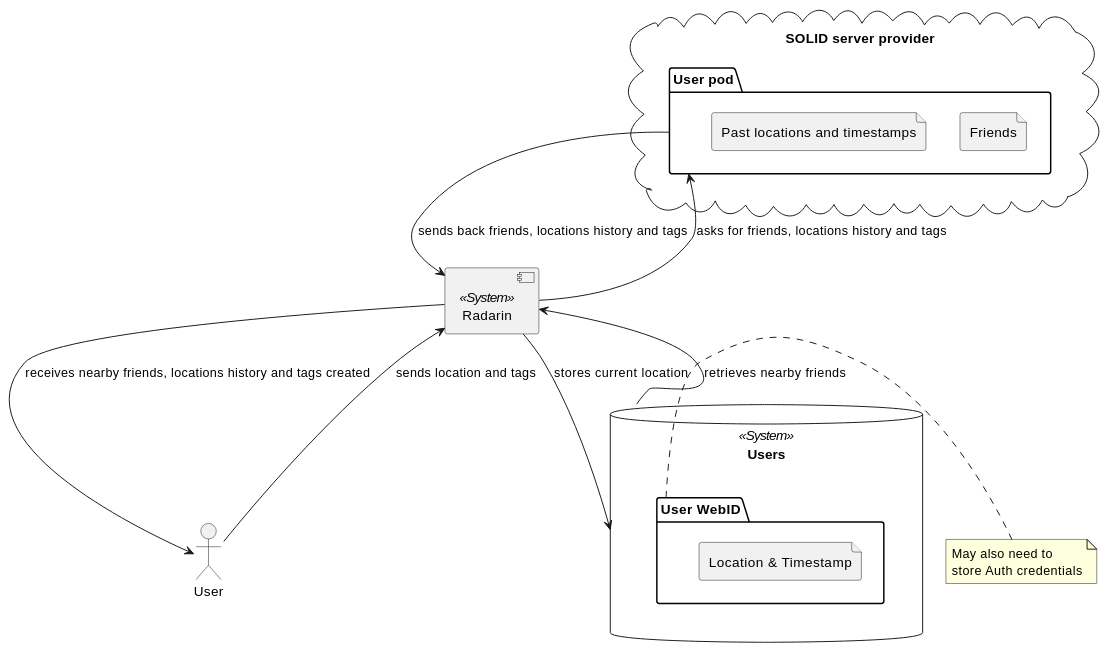
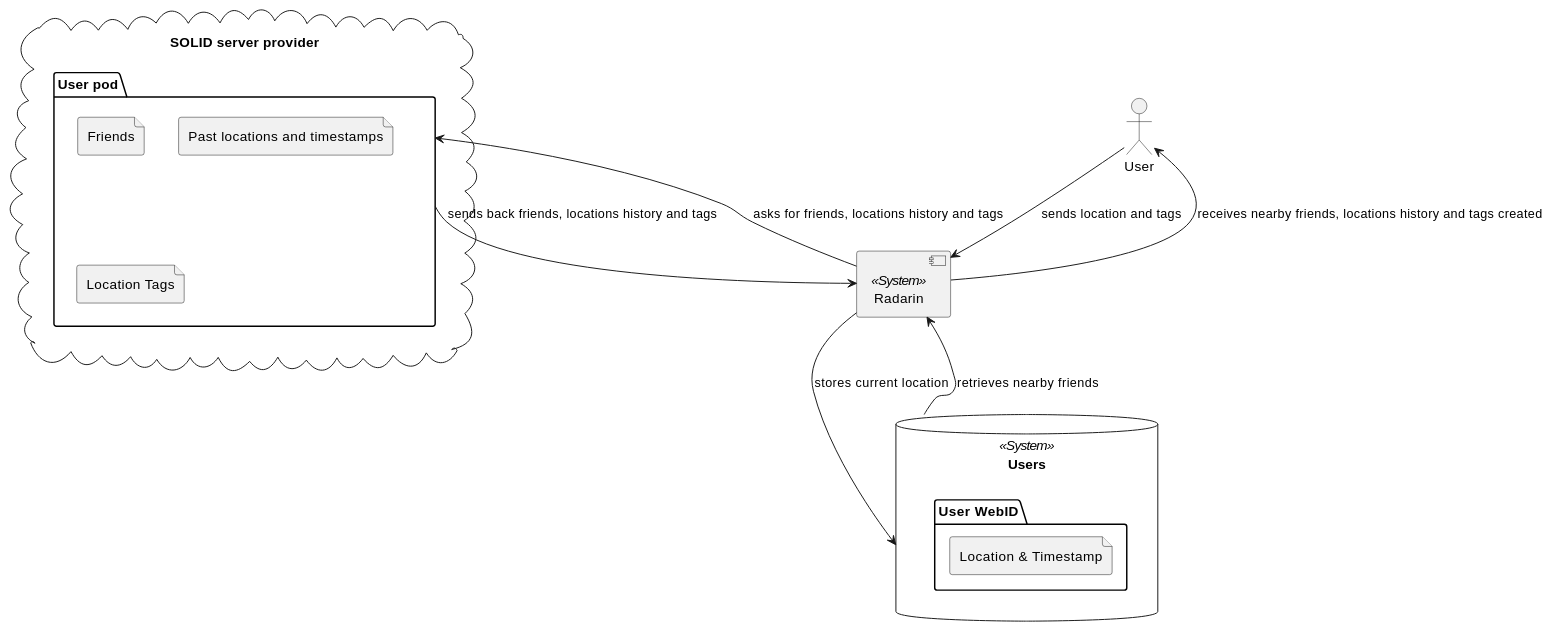
Before and after one commit to Arquisoft/radarin_en2b: the first of 2 diagrams in webapp/docs/03_system_scope_and_context.adoc, drawn with PlantUML. The commit also changed other lines of this file and 9 other files, not shown here.

```diff
--- a/webapp/docs/03_system_scope_and_context.adoc
+++ b/webapp/docs/03_system_scope_and_context.adoc
@@ -47,30 +47,26 @@
 [plantuml, diagram-business, svg]
 ....
 :User: as user
 [Radarin] << System >> as WAPI
 
 database Users << System >> as DB {
     folder "User WebID" as foldb {
         file "Location & Timestamp" as loctmp
     }
 }
 
 cloud "SOLID server provider" {
     package "User pod" as pod {
         file "Friends" as friends
         file "Past locations and timestamps"
+        file "Location Tags"
     }
 }
-
-note right of foldb
-    May also need to
-    store Auth credentials
-end note
 
 user --> WAPI : sends location and tags
 WAPI --> user : receives nearby friends, locations history and tags created
 WAPI --> DB : stores current location
 WAPI <-- DB : retrieves nearby friends 
 pod --> WAPI : sends back friends, locations history and tags
 pod <-- WAPI : asks for friends, locations history and tags
 ....
```
